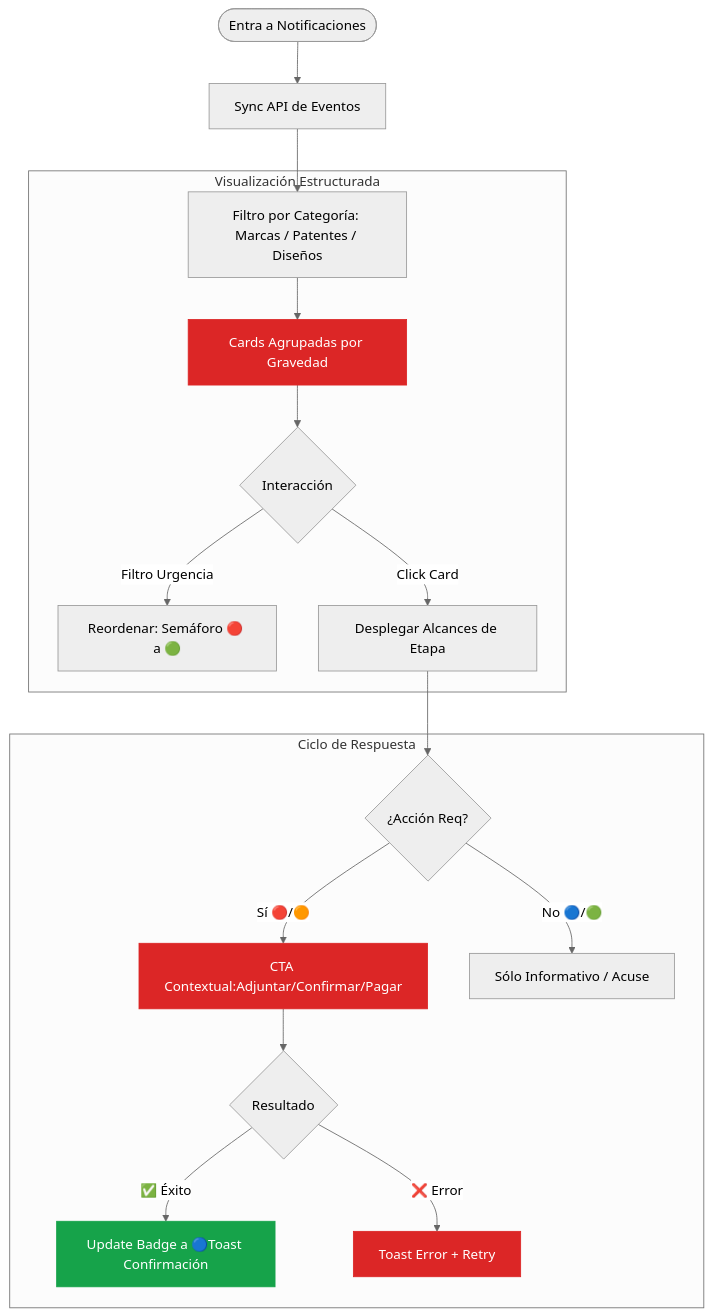
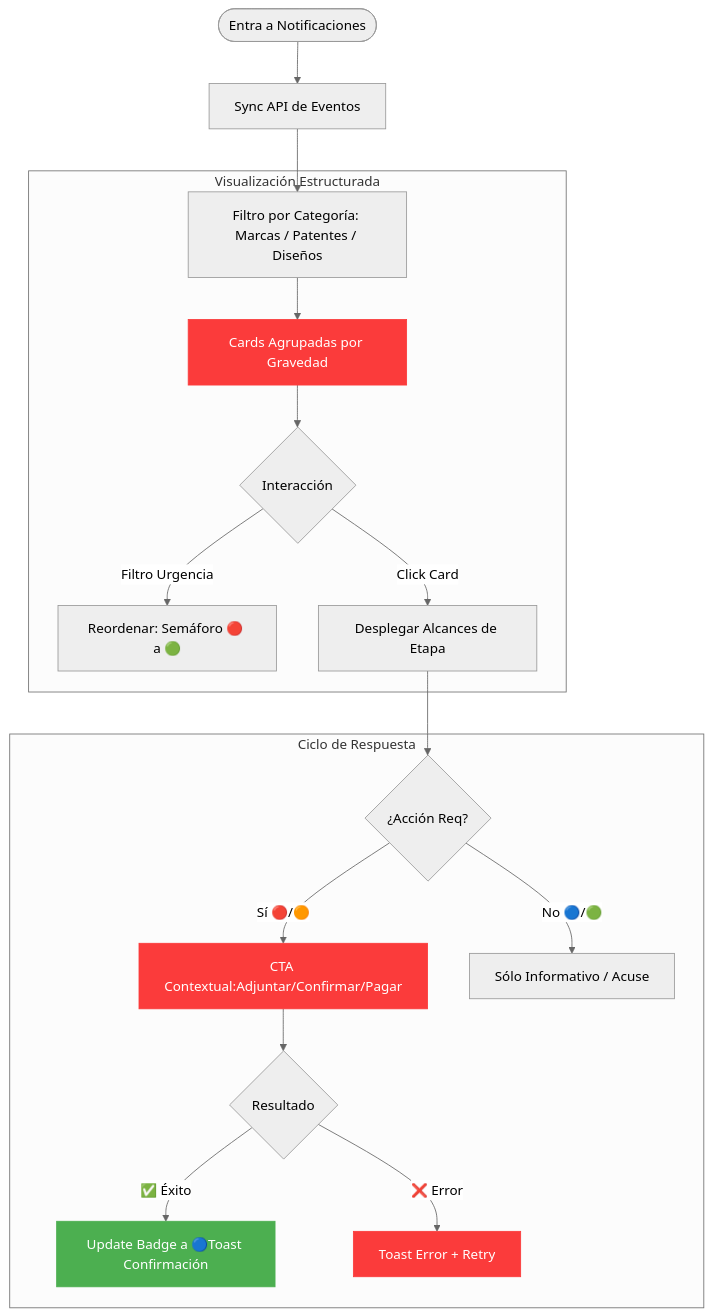
The fourth of 8 diagrams in docs/FLOW_DIAGRAMS.md (Fernandodesign96/mi-inapi-app), drawn with Mermaid (neutral theme) before and after one commit. The commit also changed other lines of this file and 21 other files, not shown here.

````diff
--- a/docs/FLOW_DIAGRAMS.md
+++ b/docs/FLOW_DIAGRAMS.md
@@ -124,27 +126,27 @@
 ```mermaid
 flowchart TD
     A([Entra a Notificaciones]) --> B[Sync API de Eventos]
     B --> C[Filtro por Categoría: Marcas / Patentes / Diseños]
     
     subgraph Listado [Visualización Estructurada]
         C --> D[Cards Agrupadas por Gravedad]
         D --> E{Interacción}
         E -->|Filtro Urgencia| F[Reordenar: Semáforo 🔴 a 🟢]
         E -->|Click Card| G[Desplegar Alcances de Etapa]
     end
 
     subgraph Resolucion [Ciclo de Respuesta]
         G --> H{¿Acción Req?}
         H -->|Sí 🔴/🟠| I[CTA Contextual:Adjuntar/Confirmar/Pagar]
         H -->|No 🔵/🟢| J[Sólo Informativo / Acuse]
         
         I --> K{Resultado}
         K -->|✅ Éxito| L[Update Badge a 🔵Toast Confirmación]
         K -->|❌ Error| M[Toast Error + Retry]
     end
 
-    style I fill:#DC2626,stroke:#DC2626,color:#fff
-    style L fill:#16A34A,stroke:#16A34A,color:#fff
-    style M fill:#DC2626,stroke:#DC2626,color:#fff
-    style D fill:#DC2626,stroke:#DC2626,color:#fff
+    style I fill:#FB3B3B,stroke:#FB3B3B,color:#fff
+    style L fill:#4CAF50,stroke:#4CAF50,color:#fff
+    style M fill:#FB3B3B,stroke:#FB3B3B,color:#fff
+    style D fill:#FB3B3B,stroke:#FB3B3B,color:#fff
 ```
````
